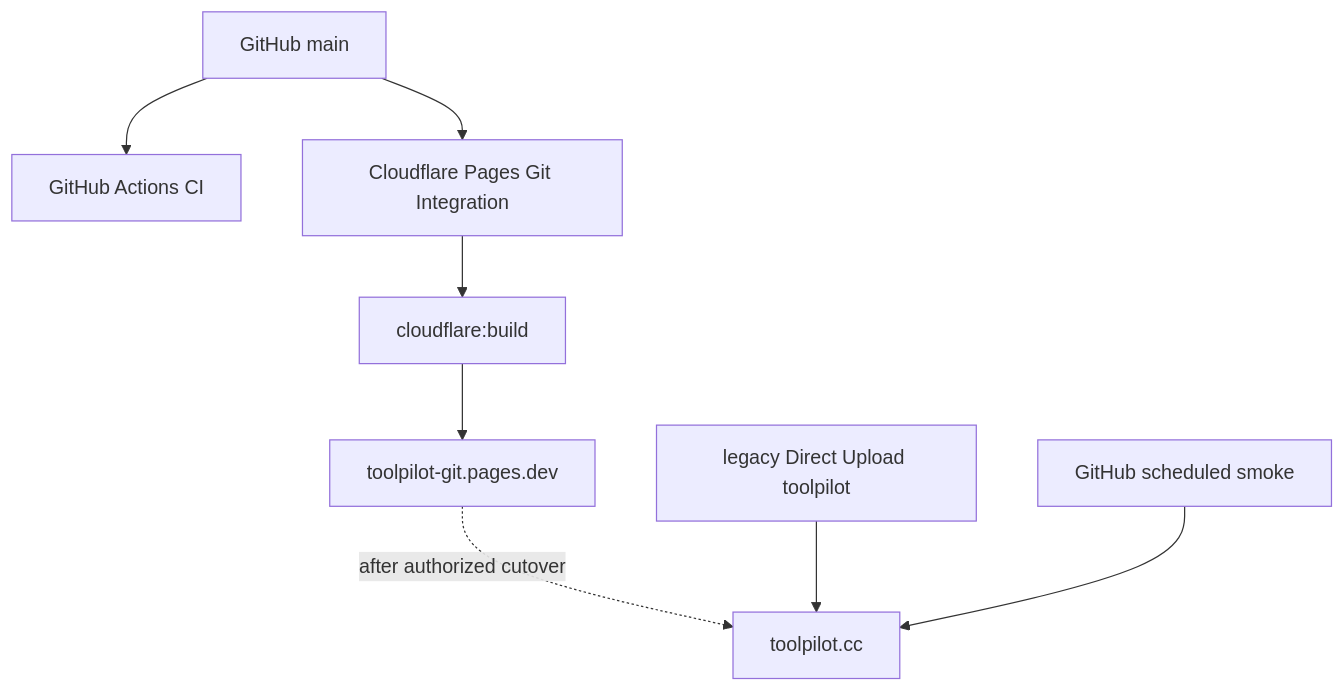
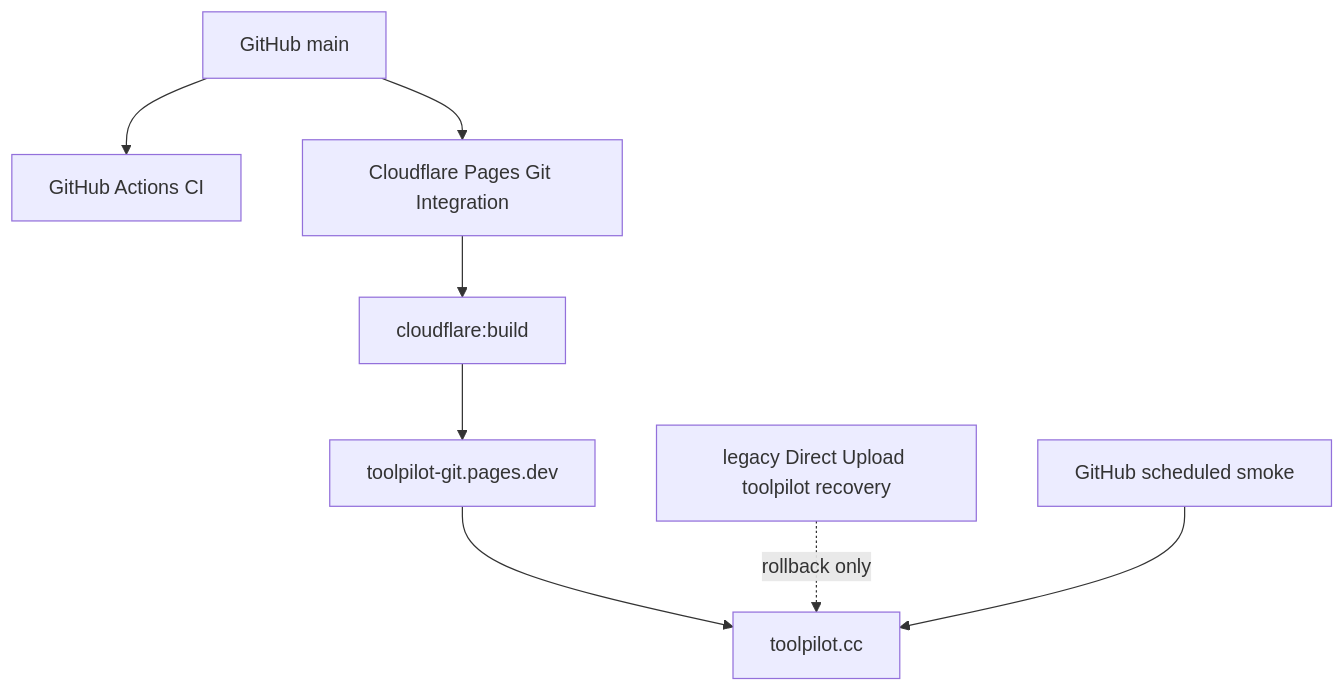
Before and after one commit to yubinhong/toolpilot: the second of 2 diagrams in ARCHITECTURE.md, drawn with Mermaid. The commit also changed other lines of this file and 9 other files, not shown here.

````diff
--- a/ARCHITECTURE.md
+++ b/ARCHITECTURE.md
@@ -141,10 +141,10 @@
 ```mermaid
 flowchart TD
     R[GitHub main] --> CI[GitHub Actions CI]
     R --> CF[Cloudflare Pages Git Integration]
     CF --> B[cloudflare:build]
     B --> H[toolpilot-git.pages.dev]
-    H -. after authorized cutover .-> D[toolpilot.cc]
-    L[legacy Direct Upload toolpilot] --> D
+    H --> D[toolpilot.cc]
+    L[legacy Direct Upload toolpilot recovery] -. rollback only .-> D
     M[GitHub scheduled smoke] --> D
 ```
````
